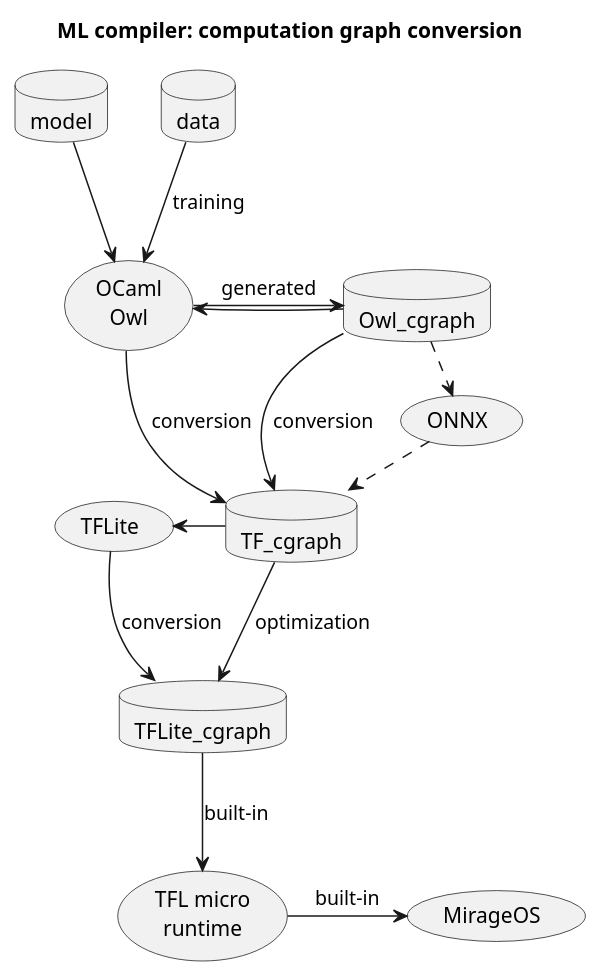
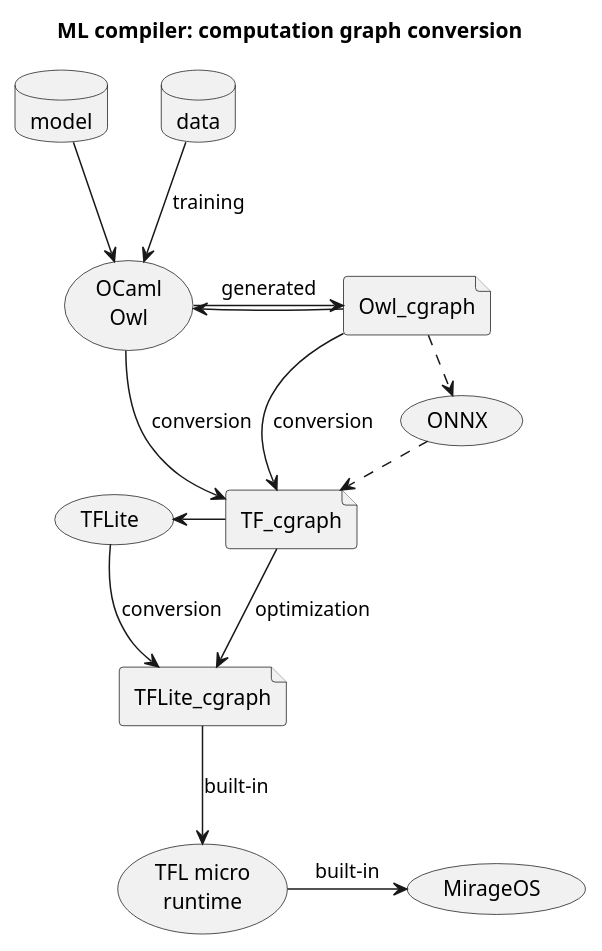
One commit to doyu/elc2019 changed the diagram in convert-uc.puml. Above: the diagram before and after it, drawn with PlantUML. The commit also changed 14 other files, not shown here.

```diff
--- a/convert-uc.puml
+++ b/convert-uc.puml
@@ -1,25 +1,25 @@
 @startuml
 title ML compiler: computation graph conversion
 
 database model
 database data
-database Owl_cgraph
-database TF_cgraph
-database TFLite_cgraph
+file Owl_cgraph
+file TF_cgraph
+file TFLite_cgraph
 
 Owl_cgraph -down-> TF_cgraph : conversion
 Owl_cgraph .> (ONNX)
 (ONNX) .> TF_cgraph
 TF_cgraph -down-> TFLite_cgraph : optimization
 TFLite_cgraph -down-> (TFL micro\nruntime) : built-in
 (TFL micro\nruntime) -right-> (MirageOS) : built-in
 
 model -down-> (OCaml\nOwl)
 data -down-> (OCaml\nOwl) : training
 (OCaml\nOwl) -> Owl_cgraph : generated
 (OCaml\nOwl) <- Owl_cgraph
 (OCaml\nOwl) -> TF_cgraph : conversion
 (TFLite) <- TF_cgraph
 (TFLite) -> TFLite_cgraph : conversion
 
 @enduml
```
